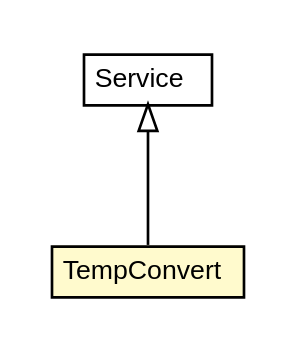
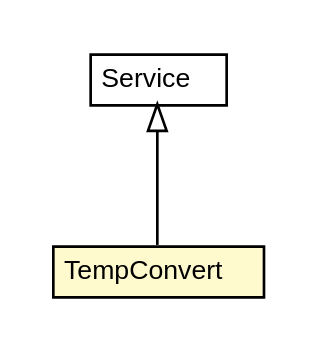
Before and after one commit to trajano/app: the diagram in apidocs/com/w3schools/webservices/TempConvert.dot, drawn with Graphviz. The commit also changed 277 other files, not shown here.

```diff
--- a/apidocs/com/w3schools/webservices/TempConvert.dot
+++ b/apidocs/com/w3schools/webservices/TempConvert.dot
@@ -1,26 +1,26 @@
 #!/usr/local/bin/dot
 #
 # Class diagram 
 # Generated by UMLGraph version R5_6-24-gf6e263 (http://www.umlgraph.org/)
 #
 
 digraph G {
-	edge [fontname="arial",fontsize=10,labelfontname="arial",labelfontsize=10];
-	node [fontname="arial",fontsize=10,shape=plaintext];
+	edge [fontname="Helvetica",fontsize=10,labelfontname="Helvetica",labelfontsize=10];
+	node [fontname="Helvetica",fontsize=10,shape=plaintext];
 	nodesep=0.25;
 	ranksep=0.5;
 	// com.w3schools.webservices.TempConvert
-	c802 [label=<<table title="com.w3schools.webservices.TempConvert" border="0" cellborder="1" cellspacing="0" cellpadding="2" port="p" bgcolor="lemonChiffon" href="./TempConvert.html">
+	c830 [label=<<table title="com.w3schools.webservices.TempConvert" border="0" cellborder="1" cellspacing="0" cellpadding="2" port="p" bgcolor="lemonChiffon" href="./TempConvert.html">
 		<tr><td><table border="0" cellspacing="0" cellpadding="1">
 <tr><td align="center" balign="center"> TempConvert </td></tr>
 		</table></td></tr>
-		</table>>, URL="./TempConvert.html", fontname="arial", fontcolor="black", fontsize=10.0];
+		</table>>, URL="./TempConvert.html", fontname="Helvetica", fontcolor="black", fontsize=10.0];
 	//com.w3schools.webservices.TempConvert extends javax.xml.ws.Service
-	c827:p -> c802:p [dir=back,arrowtail=empty];
+	c857:p -> c830:p [dir=back,arrowtail=empty];
 	// javax.xml.ws.Service
-	c827 [label=<<table title="javax.xml.ws.Service" border="0" cellborder="1" cellspacing="0" cellpadding="2" port="p" href="http://java.sun.com/j2se/1.4.2/docs/api/javax/xml/ws/Service.html">
+	c857 [label=<<table title="javax.xml.ws.Service" border="0" cellborder="1" cellspacing="0" cellpadding="2" port="p" href="http://java.sun.com/j2se/1.4.2/docs/api/javax/xml/ws/Service.html">
 		<tr><td><table border="0" cellspacing="0" cellpadding="1">
 <tr><td align="center" balign="center"> Service </td></tr>
 		</table></td></tr>
-		</table>>, URL="http://java.sun.com/j2se/1.4.2/docs/api/javax/xml/ws/Service.html", fontname="arial", fontcolor="black", fontsize=10.0];
+		</table>>, URL="http://java.sun.com/j2se/1.4.2/docs/api/javax/xml/ws/Service.html", fontname="Helvetica", fontcolor="black", fontsize=10.0];
 }
```
